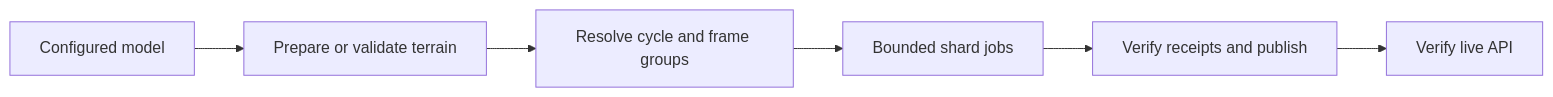
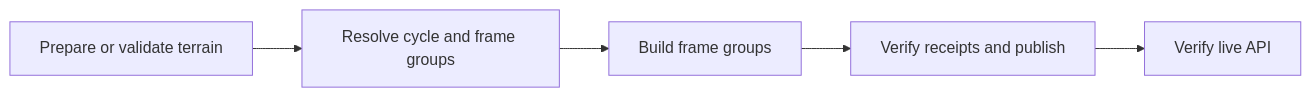
One commit to jdorrance/av-layers changed the diagram in apps/batch/README.md. Above: the diagram before and after it, drawn with Mermaid. The commit also changed other lines of this file and 63 other files, not shown here.

````diff
--- a/apps/batch/README.md
+++ b/apps/batch/README.md
@@ -83,8 +33,7 @@
 ```mermaid
 flowchart LR
-  model[Configured model] --> terrain[Prepare or validate terrain]
-  terrain --> plan[Resolve cycle and frame groups]
-  plan --> shards[Bounded shard jobs]
+  terrain[Prepare or validate terrain] --> plan[Resolve cycle and frame groups]
+  plan --> shards[Build frame groups]
   shards --> publish[Verify receipts and publish]
   publish --> api[Verify live API]
 ```
````
